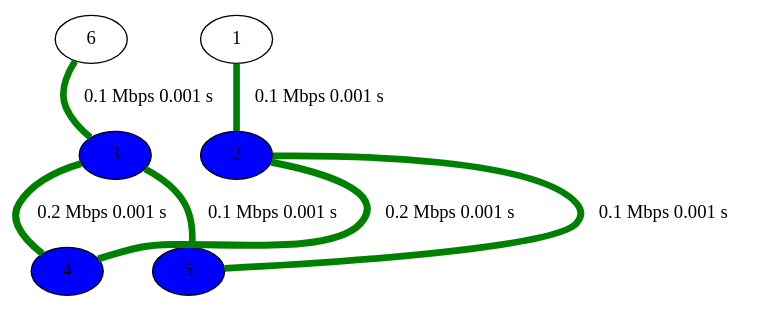
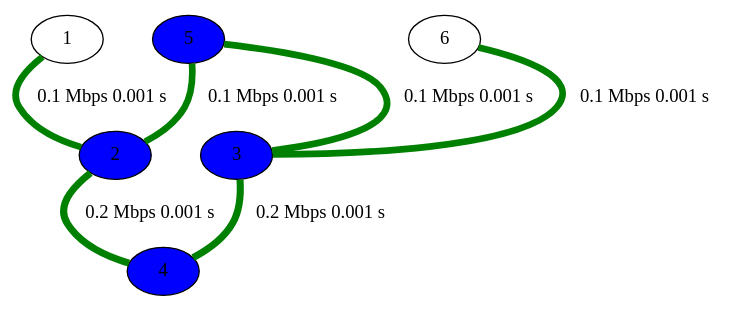
One commit to nonononoka/ntSimulator changed the diagram in network.gv. Above: the diagram before and after it, drawn with Graphviz. The commit also changed other lines of this file and 2 other files, not shown here.

```diff
--- a/network.gv
+++ b/network.gv
@@ -1,52 +1,52 @@
 strict graph {
 
+
+	"5" [ fillcolor="blue", style="filled",  weight=0 ];
+
+	"5" -- "2" [ color="green", label="0.1 Mbps 0.001 s
+", penwidth="5.00",  weight=0 ];
+
+	"5" -- "3" [ color="green", label="0.1 Mbps 0.001 s
+", penwidth="5.00",  weight=0 ];
 
 	"6" [  weight=0 ];
 
 	"6" -- "3" [ color="green", label="0.1 Mbps 0.001 s
 ", penwidth="5.00",  weight=0 ];
 
 	"1" [  weight=0 ];
 
 	"1" -- "2" [ color="green", label="0.1 Mbps 0.001 s
 ", penwidth="5.00",  weight=0 ];
 
 	"2" [ fillcolor="blue", style="filled",  weight=0 ];
 
-	"2" -- "1" [ color="green", label="0.1 Mbps 0.001 s
-", penwidth="5.00",  weight=0 ];
-
 	"2" -- "4" [ color="green", label="0.2 Mbps 0.001 s
 ", penwidth="5.30",  weight=0 ];
 
 	"2" -- "5" [ color="green", label="0.1 Mbps 0.001 s
 ", penwidth="5.00",  weight=0 ];
 
+	"2" -- "1" [ color="green", label="0.1 Mbps 0.001 s
+", penwidth="5.00",  weight=0 ];
+
 	"3" [ fillcolor="blue", style="filled",  weight=0 ];
+
+	"3" -- "4" [ color="green", label="0.2 Mbps 0.001 s
+", penwidth="5.30",  weight=0 ];
 
 	"3" -- "5" [ color="green", label="0.1 Mbps 0.001 s
 ", penwidth="5.00",  weight=0 ];
 
 	"3" -- "6" [ color="green", label="0.1 Mbps 0.001 s
 ", penwidth="5.00",  weight=0 ];
 
-	"3" -- "4" [ color="green", label="0.2 Mbps 0.001 s
+	"4" [ fillcolor="blue", style="filled",  weight=0 ];
+
+	"4" -- "2" [ color="green", label="0.2 Mbps 0.001 s
 ", penwidth="5.30",  weight=0 ];
-
-	"4" [ fillcolor="blue", style="filled",  weight=0 ];
 
 	"4" -- "3" [ color="green", label="0.2 Mbps 0.001 s
 ", penwidth="5.30",  weight=0 ];
 
-	"4" -- "2" [ color="green", label="0.2 Mbps 0.001 s
-", penwidth="5.30",  weight=0 ];
-
-	"5" [ fillcolor="blue", style="filled",  weight=0 ];
-
-	"5" -- "2" [ color="green", label="0.1 Mbps 0.001 s
-", penwidth="5.00",  weight=0 ];
-
-	"5" -- "3" [ color="green", label="0.1 Mbps 0.001 s
-", penwidth="5.00",  weight=0 ];
-
 }
```
